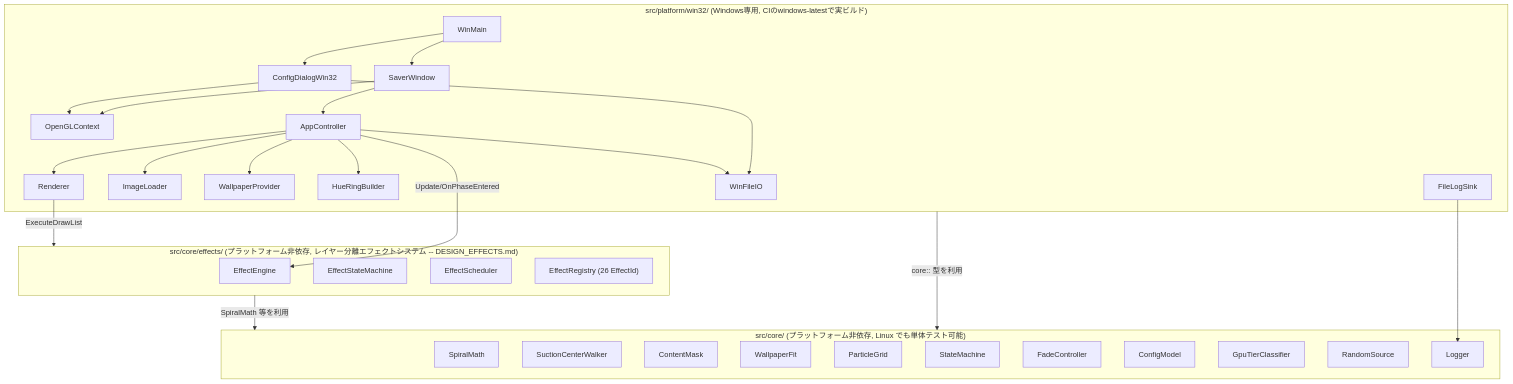
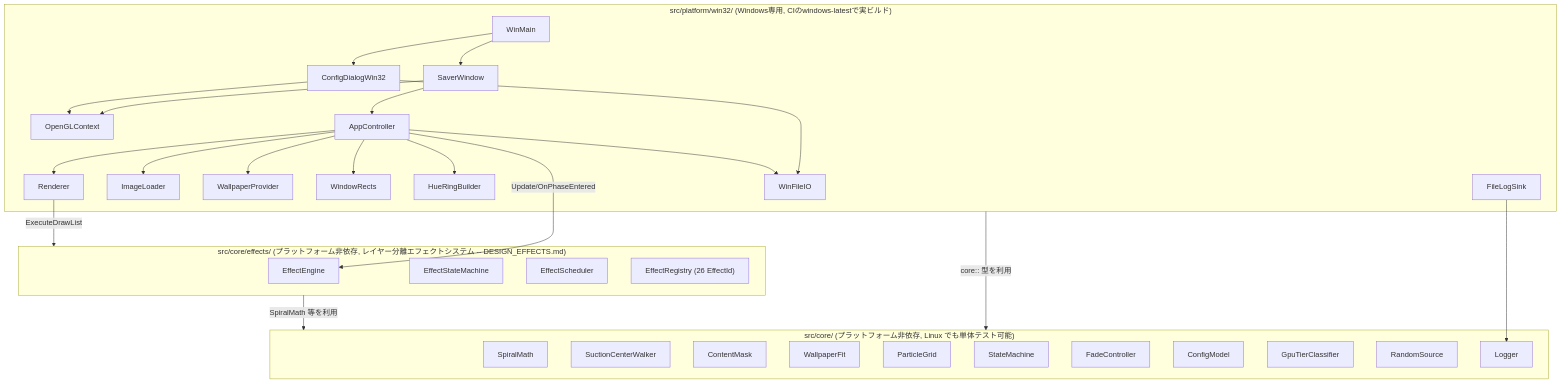
One commit to himayah/scrkit changed the first of 3 diagrams in docs/DESIGN.md. Above: the diagram before and after it, drawn with Mermaid. The commit also changed other lines of this file and 4 other files, not shown here.

````diff
--- a/docs/DESIGN.md
+++ b/docs/DESIGN.md
@@ -22,43 +22,44 @@
 ```mermaid
 flowchart TB
     subgraph core["src/core/ (プラットフォーム非依存, Linux でも単体テスト可能)"]
         SpiralMath
         SuctionCenterWalker
         ContentMask
         WallpaperFit
         ParticleGrid
         StateMachine
         FadeController
         ConfigModel
         GpuTierClassifier
         RandomSource
         Logger
     end
 
     subgraph fx["src/core/effects/ (プラットフォーム非依存, レイヤー分離エフェクトシステム -- DESIGN_EFFECTS.md)"]
         EffectEngine
         EffectStateMachine
         EffectScheduler
         EffectRegistry["EffectRegistry (26 EffectId)"]
     end
 
     subgraph win32["src/platform/win32/ (Windows専用, CIのwindows-latestで実ビルド)"]
         WinMain --> SaverWindow
         SaverWindow --> OpenGLContext
         SaverWindow --> AppController
         AppController --> Renderer
         AppController --> ImageLoader
         AppController --> WallpaperProvider
+        AppController --> WindowRects
         AppController --> HueRingBuilder
         ConfigDialogWin32 --> OpenGLContext
         WinMain --> ConfigDialogWin32
         FileLogSink --> Logger
         ConfigDialogWin32 --> WinFileIO
         AppController --> WinFileIO
     end
 
     win32 -->|core:: 型を利用| core
     AppController -->|Update/OnPhaseEntered| EffectEngine
     Renderer -->|ExecuteDrawList| fx
     fx -->|SpiralMath 等を利用| core
 ```
````
